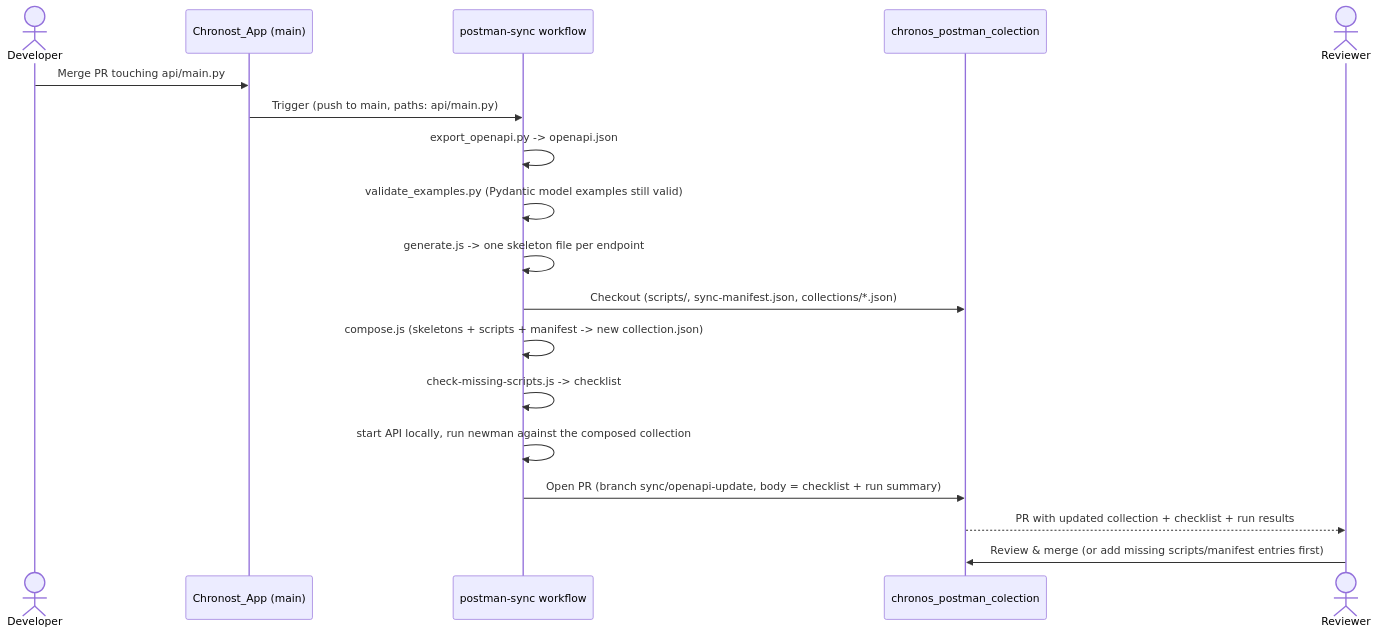
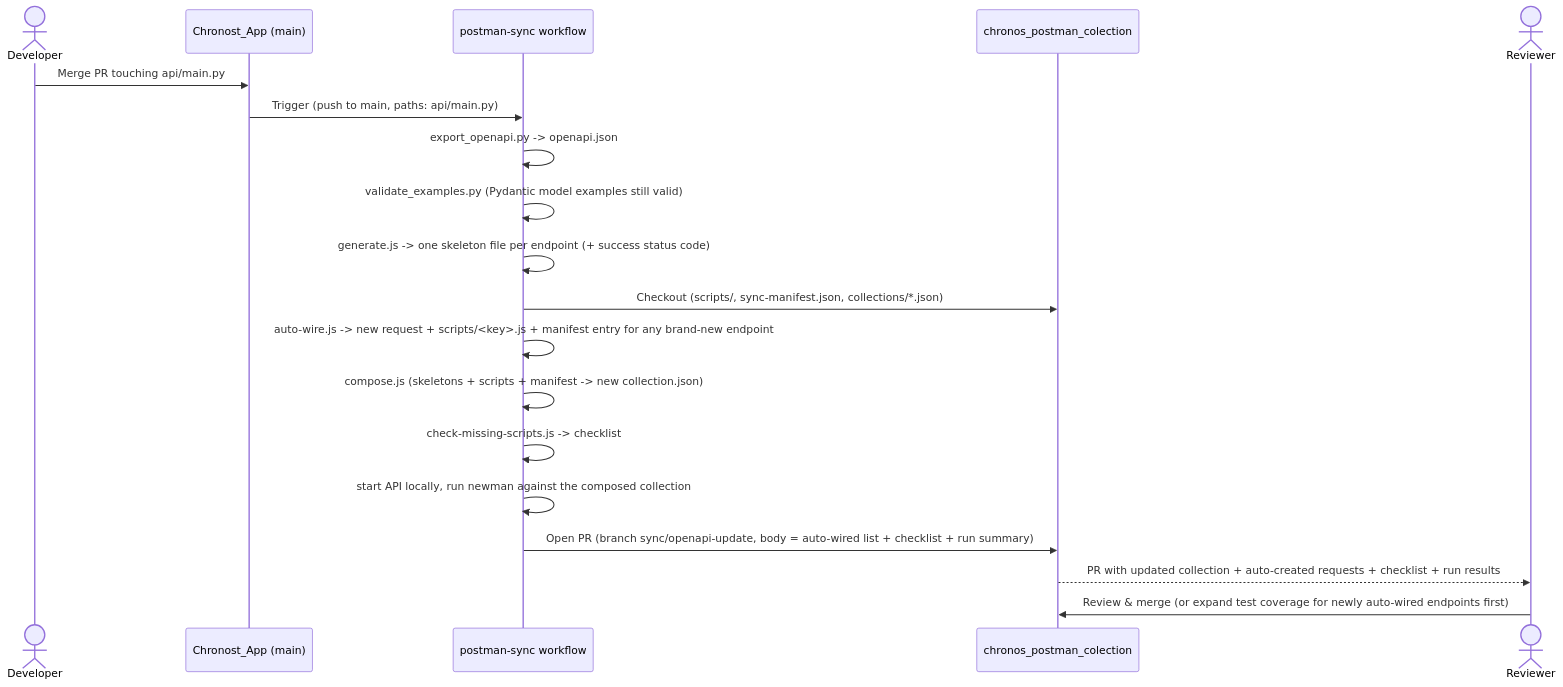
Before and after one commit to jirivondra/chronos_postman_colection: the diagram in README.md, drawn with Mermaid. The commit also changed other lines of this file, not shown here.

First line of the commit message:
docs: describe automatic wiring of brand-new endpoints

````diff
--- a/README.md
+++ b/README.md
@@ -49,21 +49,22 @@
 ```mermaid
 sequenceDiagram
     actor Dev as Developer
     participant App as Chronost_App (main)
     participant CI as postman-sync workflow
     participant Repo as chronos_postman_colection
     actor Rev as Reviewer
 
     Dev->>App: Merge PR touching api/main.py
     App->>CI: Trigger (push to main, paths: api/main.py)
     CI->>CI: export_openapi.py -> openapi.json
     CI->>CI: validate_examples.py (Pydantic model examples still valid)
-    CI->>CI: generate.js -> one skeleton file per endpoint
+    CI->>CI: generate.js -> one skeleton file per endpoint (+ success status code)
     CI->>Repo: Checkout (scripts/, sync-manifest.json, collections/*.json)
+    CI->>CI: auto-wire.js -> new request + scripts/<key>.js + manifest entry for any brand-new endpoint
     CI->>CI: compose.js (skeletons + scripts + manifest -> new collection.json)
     CI->>CI: check-missing-scripts.js -> checklist
     CI->>CI: start API locally, run newman against the composed collection
-    CI->>Repo: Open PR (branch sync/openapi-update, body = checklist + run summary)
-    Repo-->>Rev: PR with updated collection + checklist + run results
-    Rev->>Repo: Review & merge (or add missing scripts/manifest entries first)
+    CI->>Repo: Open PR (branch sync/openapi-update, body = auto-wired list + checklist + run summary)
+    Repo-->>Rev: PR with updated collection + auto-created requests + checklist + run results
+    Rev->>Repo: Review & merge (or expand test coverage for newly auto-wired endpoints first)
 ```
````
